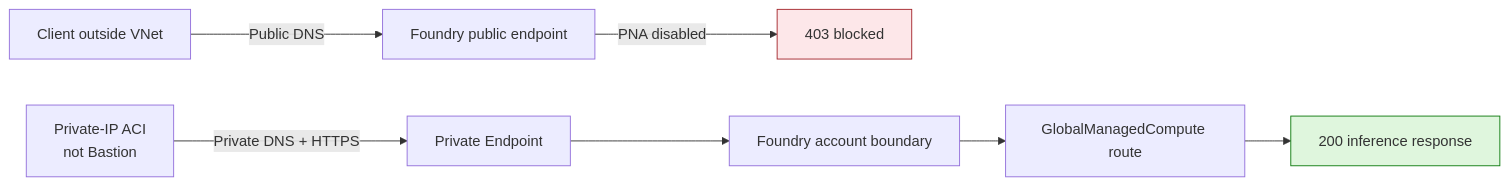
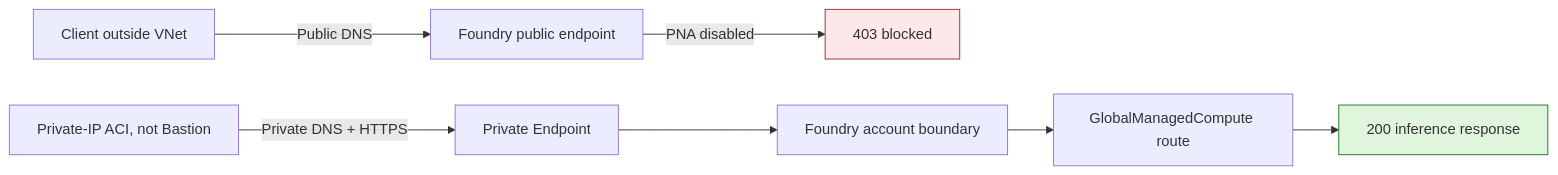
The diagram in Deep-Learning/Managed-Compute-Private-Endpoint/README.md (david-xinyuwei/david-share), drawn with Mermaid before and after one commit. The commit also changed 1 other file, not shown here.

Commit message:
Fix Managed Compute Mermaid rendering

````diff
--- a/Deep-Learning/Managed-Compute-Private-Endpoint/README.md
+++ b/Deep-Learning/Managed-Compute-Private-Endpoint/README.md
@@ -189,12 +189,12 @@
 ```mermaid
 flowchart LR
     OUT[Client outside VNet] -->|Public DNS| PUB[Foundry public endpoint]
     PUB -->|PNA disabled| DENY[403 blocked]
-    IN[Private-IP ACI<br/>not Bastion] -->|Private DNS + HTTPS| PE[Private Endpoint]
+    IN[Private-IP ACI, not Bastion] -->|Private DNS + HTTPS| PE[Private Endpoint]
     PE --> ACCOUNT[Foundry account boundary]
     ACCOUNT --> ROUTE[GlobalManagedCompute route]
     ROUTE --> OK[200 inference response]
 
     style DENY fill:#fde7e9,stroke:#a4262c
     style OK fill:#dff6dd,stroke:#107c10
 ```
````
